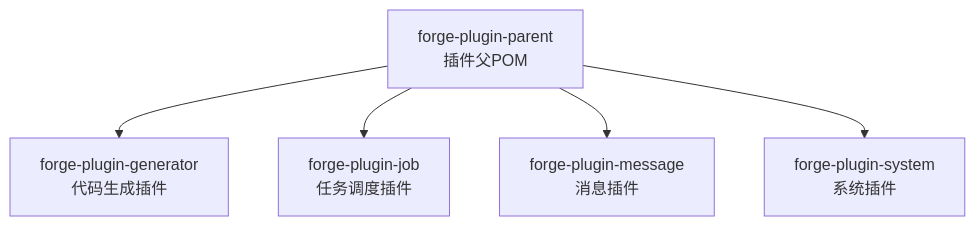
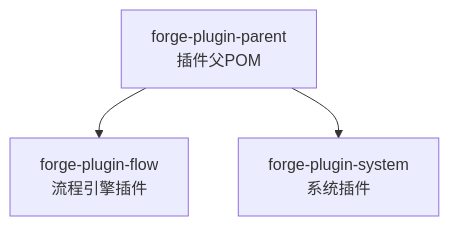
Before and after one commit to yaomindong1996/forge-admin: the first of 4 diagrams in .qoder/repowiki/zh/content/开发指南/扩展开发/插件开发/插件开发.md, drawn with Mermaid. The commit also changed other lines of this file and 76 other files, not shown here.

````diff
--- a/.qoder/repowiki/zh/content/开发指南/扩展开发/插件开发/插件开发.md
+++ b/.qoder/repowiki/zh/content/开发指南/扩展开发/插件开发/插件开发.md
@@ -61,7 +50,5 @@
 ```mermaid
 graph TB
-P["forge-plugin-parent<br/>插件父POM"] --> G["forge-plugin-generator<br/>代码生成插件"]
-P --> J["forge-plugin-job<br/>任务调度插件"]
-P --> M["forge-plugin-message<br/>消息插件"]
+P["forge-plugin-parent<br/>插件父POM"] --> F["forge-plugin-flow<br/>流程引擎插件"]
 P --> S["forge-plugin-system<br/>系统插件"]
 ```
````
